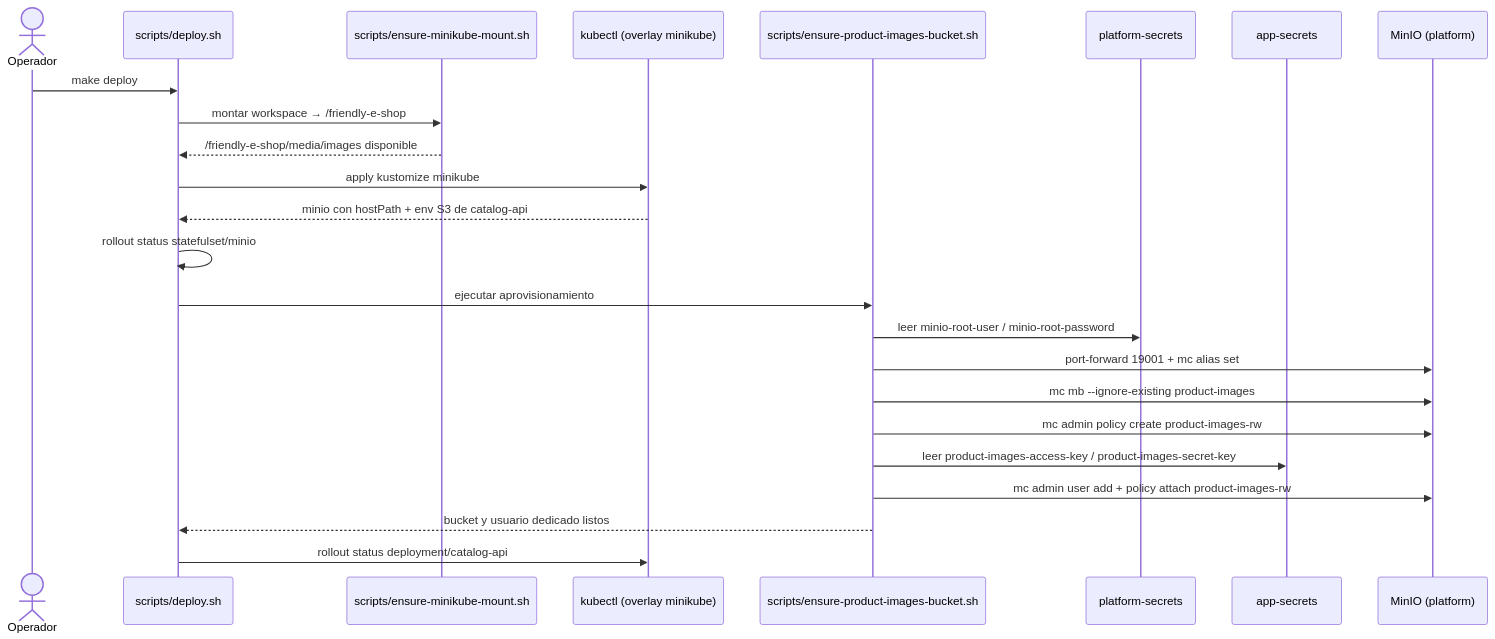
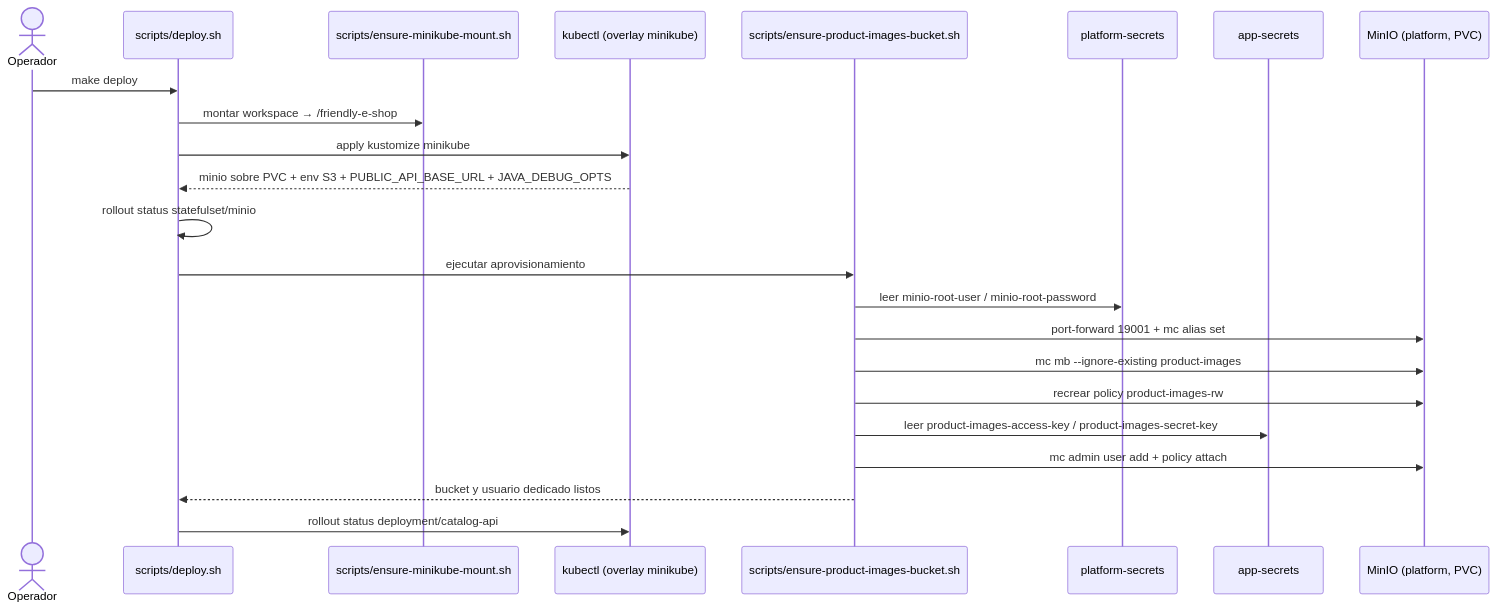
Before and after one commit to Dariosoft/fes-infra: the first of 7 diagrams in specs/002-product-image-storage/uml.md, drawn with Mermaid. The commit also changed other lines of this file and 7 other files, not shown here.

````diff
--- a/specs/002-product-image-storage/uml.md
+++ b/specs/002-product-image-storage/uml.md
@@ -9,27 +9,26 @@
 ```mermaid
 sequenceDiagram
   actor OP as Operador
   participant D as scripts/deploy.sh
   participant M as scripts/ensure-minikube-mount.sh
   participant K as kubectl (overlay minikube)
   participant S as scripts/ensure-product-images-bucket.sh
   participant PS as platform-secrets
   participant AS as app-secrets
-  participant MO as MinIO (platform)
+  participant MO as MinIO (platform, PVC)
 
   OP->>D: make deploy
   D->>M: montar workspace → /friendly-e-shop
-  M-->>D: /friendly-e-shop/media/images disponible
   D->>K: apply kustomize minikube
-  K-->>D: minio con hostPath + env S3 de catalog-api
+  K-->>D: minio sobre PVC + env S3 + PUBLIC_API_BASE_URL + JAVA_DEBUG_OPTS
   D->>D: rollout status statefulset/minio
   D->>S: ejecutar aprovisionamiento
   S->>PS: leer minio-root-user / minio-root-password
   S->>MO: port-forward 19001 + mc alias set
   S->>MO: mc mb --ignore-existing product-images
-  S->>MO: mc admin policy create product-images-rw
+  S->>MO: recrear policy product-images-rw
   S->>AS: leer product-images-access-key / product-images-secret-key
-  S->>MO: mc admin user add + policy attach product-images-rw
+  S->>MO: mc admin user add + policy attach
   S-->>D: bucket y usuario dedicado listos
   D->>K: rollout status deployment/catalog-api
 ```
````
